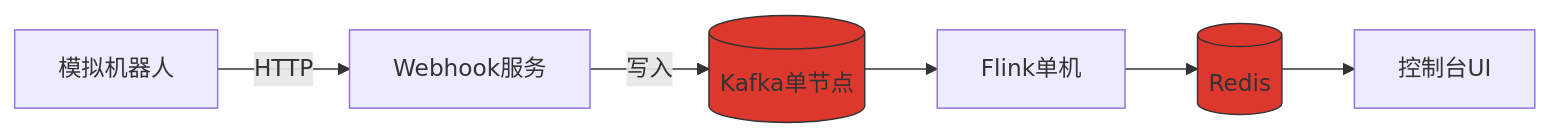
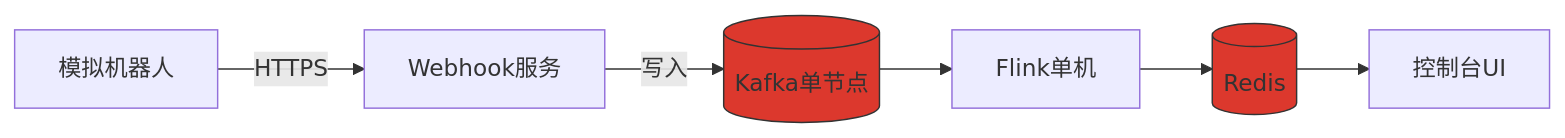
Before and after one commit to RUANHAOANDROID/CleanBotHub: the first of 2 diagrams in docs/design/stage.md, drawn with Mermaid. The commit also changed other lines of this file and 7 other files, not shown here.

````diff
--- a/docs/design/stage.md
+++ b/docs/design/stage.md
@@ -9,12 +9,12 @@
 ```mermaid
 
 graph LR
-    A[模拟机器人] -->|HTTP| B[Webhook服务]
+    A[模拟机器人] -->|HTTPS| B[Webhook服务]
     B -->|写入| C[(Kafka单节点)]
     C --> D[Flink单机]
     D --> E[(Redis)]
     E --> F[控制台UI]
     
     style C fill:#DC382D,stroke:#333
     style E fill:#DC382D,stroke:#333
 ```
````
